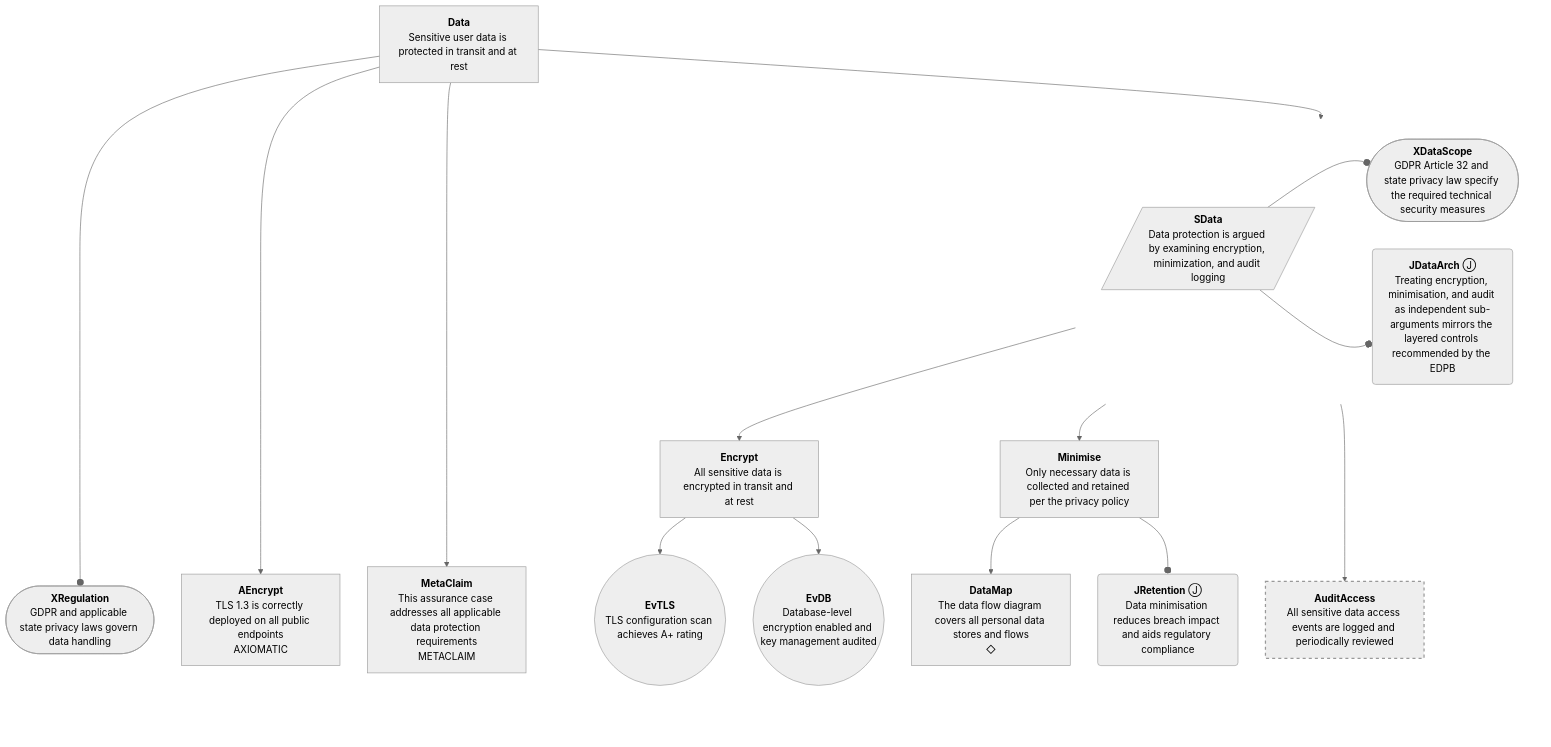
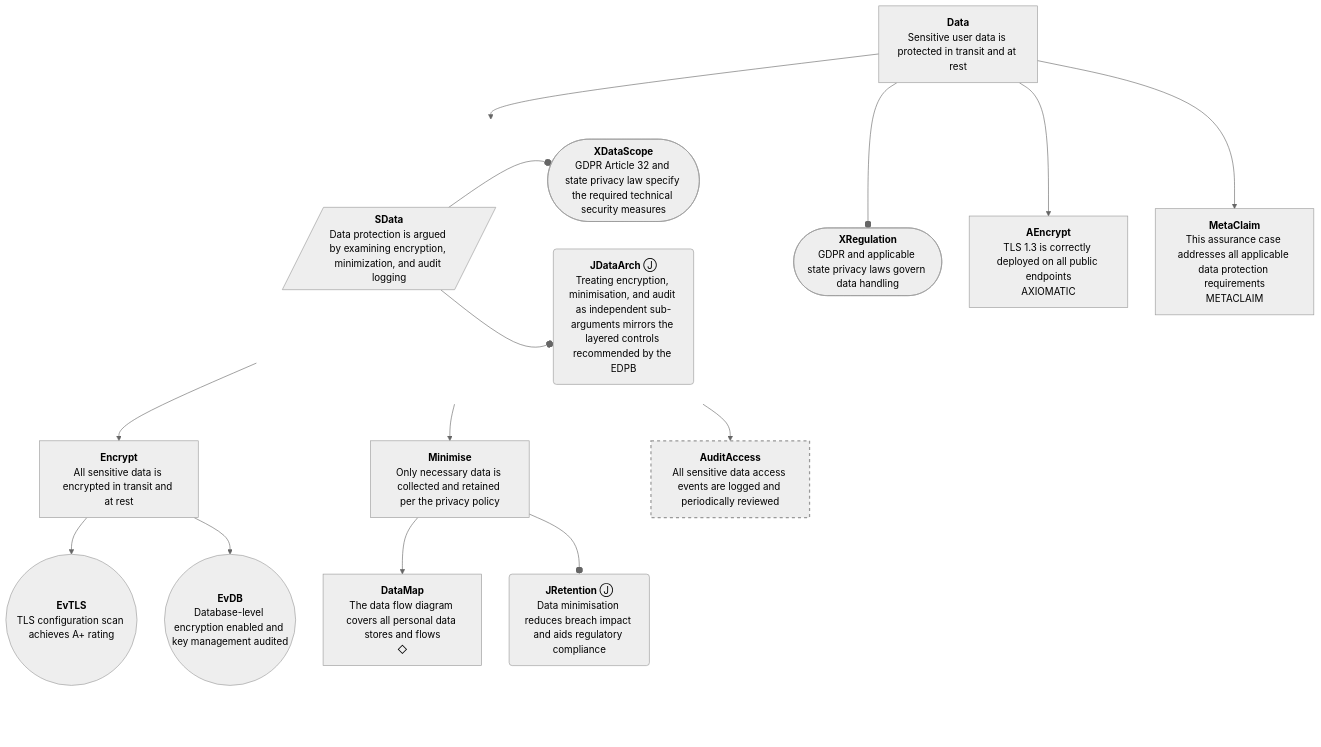
The seventh of 12 diagrams in tests/fixtures/demo-output.expected.md (david-a-wheeler/verocase), drawn with Mermaid before and after one commit. The commit also changed other lines of this file and 8 other files, not shown here.

First line of the commit message:
Fix GSN side-by-side rendering and use per-leaf BottomPadding nodes

````diff
--- a/tests/fixtures/demo-output.expected.md
+++ b/tests/fixtures/demo-output.expected.md
@@ -427,75 +425,71 @@
 ```mermaid
 ---
 config:
   theme: neutral
   flowchart:
     curve: basis
     htmlLabels: true
     rankSpacing: 60
     nodeSpacing: 45
     padding: 15
 ---
 flowchart TD
     classDef invisible opacity:0
     classDef gsnUndev stroke-width:2px,stroke-dasharray: 5 5;
     classDef connector fill:none,stroke:#cccccc,stroke-width:1px;
     Data["<b>Data</b><br>Sensitive user data is protected in transit and at rest"]
     XRegulation(["<b>XRegulation</b><br>GDPR and applicable state privacy laws govern data handling"])
     AEncrypt["<b>AEncrypt</b><br>TLS 1.3 is correctly deployed on all public endpoints<br>AXIOMATIC"]
     SData[/"<b>SData</b><br>Data protection is argued by examining encryption, minimization, and audit logging"/]
     MetaClaim["<b>MetaClaim</b><br>This assurance case addresses all applicable data protection requirements<br>METACLAIM"]
     XDataScope(["<b>XDataScope</b><br>GDPR Article 32 and state privacy law specify the required technical security measures"])
     JDataArch("<b>JDataArch</b>&nbsp;Ⓙ<br>Treating encryption, minimisation, and audit as independent sub-arguments mirrors the layered controls recommended by the EDPB")
     Encrypt["<b>Encrypt</b><br>All sensitive data is encrypted in transit and at rest"]
     Minimise["<b>Minimise</b><br>Only necessary data is collected and retained per the privacy policy"]
     AuditAccess["<b>AuditAccess</b><br>All sensitive data access events are logged and periodically reviewed"]:::gsnUndev
     EvTLS(("<b>EvTLS</b><br>TLS configuration scan achieves A+ rating"))
     EvDB(("<b>EvDB</b><br>Database-level encryption enabled and key management audited"))
     DataMap["<b>DataMap</b><br>The data flow diagram covers all personal data stores and flows<br>◇"]
     JRetention("<b>JRetention</b>&nbsp;Ⓙ<br>Data minimisation reduces breach impact and aids regulatory compliance")
     click Data "https://github.com/david-a-wheeler/verocase/blob/main/tests/fixtures/demo-output.expected.md#claim-data"
     click XRegulation "https://github.com/david-a-wheeler/verocase/blob/main/tests/fixtures/demo-output.expected.md#context-xregulation"
     click AEncrypt "https://github.com/david-a-wheeler/verocase/blob/main/tests/fixtures/demo-output.expected.md#claim-aencrypt"
     click SData "https://github.com/david-a-wheeler/verocase/blob/main/tests/fixtures/demo-output.expected.md#strategy-sdata"
     click MetaClaim "https://github.com/david-a-wheeler/verocase/blob/main/tests/fixtures/demo-output.expected.md#claim-metaclaim"
     click XDataScope "https://github.com/david-a-wheeler/verocase/blob/main/tests/fixtures/demo-output.expected.md#context-xdatascope"
     click JDataArch "https://github.com/david-a-wheeler/verocase/blob/main/tests/fixtures/demo-output.expected.md#justification-jdataarch"
     click Encrypt "https://github.com/david-a-wheeler/verocase/blob/main/tests/fixtures/demo-output.expected.md#claim-encrypt"
     click Minimise "https://github.com/david-a-wheeler/verocase/blob/main/tests/fixtures/demo-output.expected.md#claim-minimise"
     click AuditAccess "https://github.com/david-a-wheeler/verocase/blob/main/tests/fixtures/demo-output.expected.md#claim-auditaccess"
     click EvTLS "https://github.com/david-a-wheeler/verocase/blob/main/tests/fixtures/demo-output.expected.md#evidence-evtls"
     click EvDB "https://github.com/david-a-wheeler/verocase/blob/main/tests/fixtures/demo-output.expected.md#evidence-evdb"
     click DataMap "https://github.com/david-a-wheeler/verocase/blob/main/tests/fixtures/demo-output.expected.md#claim-datamap"
     click JRetention "https://github.com/david-a-wheeler/verocase/blob/main/tests/fixtures/demo-output.expected.md#justification-jretention"
 
     subgraph SgCJ1 [ ]
         direction LR
         XDataScope ~~~ SData ~~~ JDataArch
+        SData --o XDataScope
+        SData --o JDataArch
     end
     style SgCJ1 fill:none,stroke:none
-    Data ~~~ XDataScope
-    Data ~~~ JDataArch
     Data --o XRegulation
     Data --> AEncrypt
     Data --> SData
-    SData --o XDataScope
-    SData --o JDataArch
     SData --> Encrypt
     Encrypt --> EvTLS
     Encrypt --> EvDB
     SData --> Minimise
     Minimise --> DataMap
     Minimise --o JRetention
     SData --> AuditAccess
     Data --> MetaClaim
-    XRegulation ~~~ BottomPadding[ ]:::invisible
-    AEncrypt ~~~ BottomPadding
-    XDataScope ~~~ BottomPadding
-    JDataArch ~~~ BottomPadding
-    EvTLS ~~~ BottomPadding
-    EvDB ~~~ BottomPadding
-    DataMap ~~~ BottomPadding
-    JRetention ~~~ BottomPadding
-    AuditAccess ~~~ BottomPadding
-    MetaClaim ~~~ BottomPadding
+    XRegulation ~~~ BottomPadding1[ ]:::invisible
+    AEncrypt ~~~ BottomPadding2[ ]:::invisible
+    EvTLS ~~~ BottomPadding3[ ]:::invisible
+    EvDB ~~~ BottomPadding4[ ]:::invisible
+    DataMap ~~~ BottomPadding5[ ]:::invisible
+    JRetention ~~~ BottomPadding6[ ]:::invisible
+    AuditAccess ~~~ BottomPadding7[ ]:::invisible
+    MetaClaim ~~~ BottomPadding8[ ]:::invisible
 ```
````
